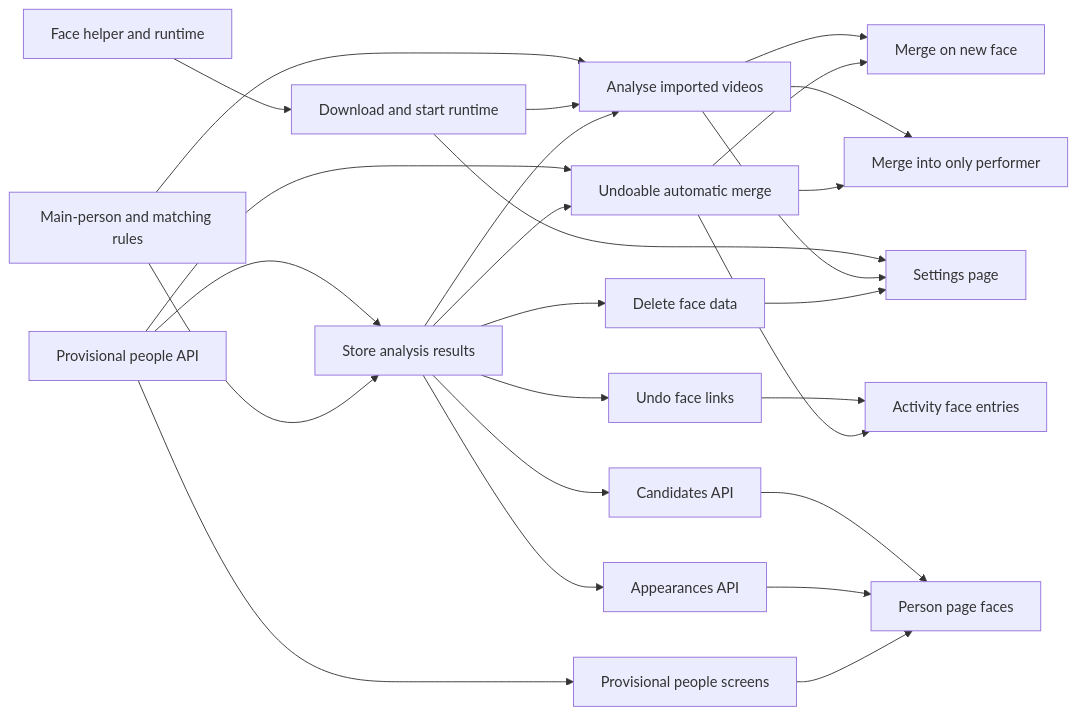
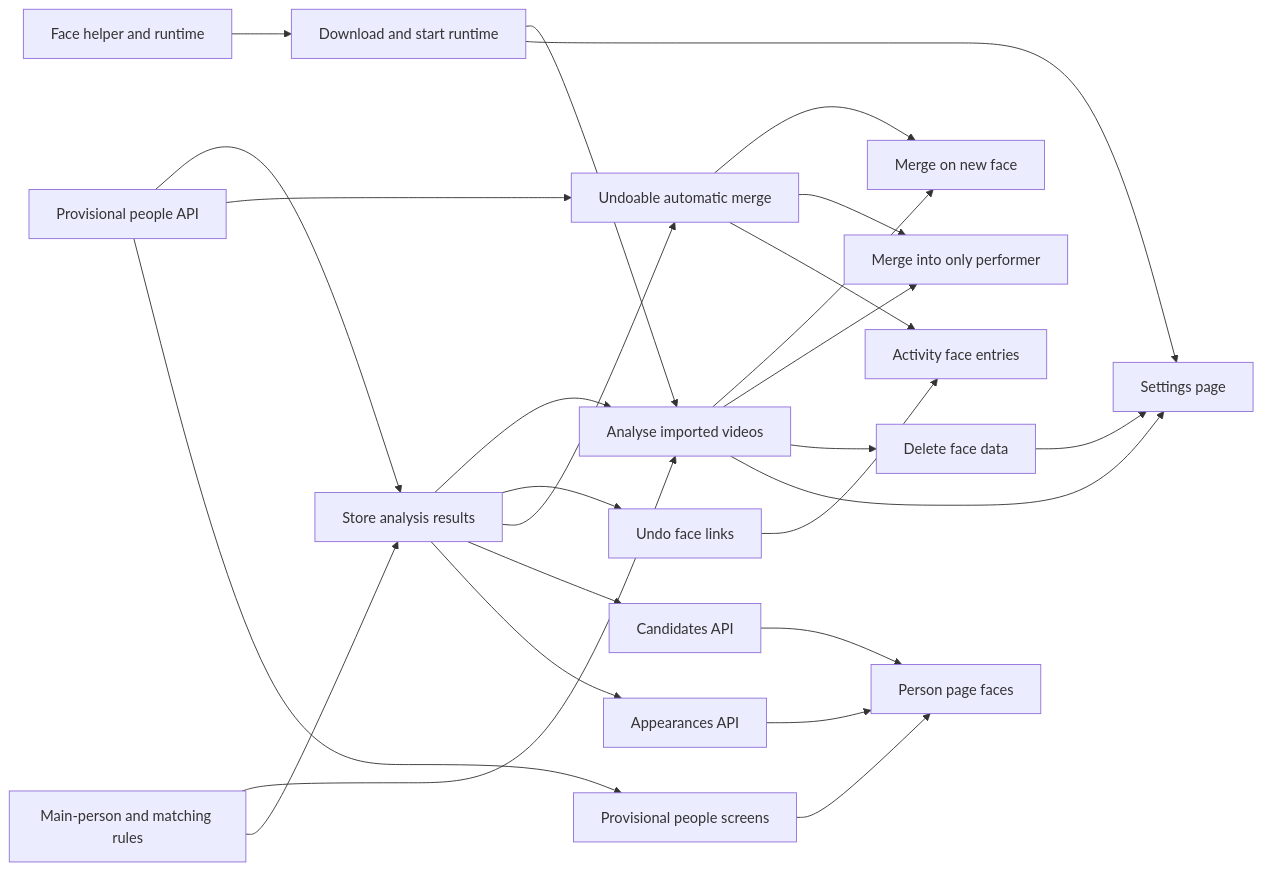
Before and after one commit to syudead/vv: the diagram in specs/061-faced/plan.md, drawn with Mermaid. The commit also changed other lines of this file and 2 other files, not shown here.

````diff
--- a/specs/061-faced/plan.md
+++ b/specs/061-faced/plan.md
@@ -123,28 +123,28 @@
 ```mermaid
 flowchart LR
   helper[Face helper and runtime] --> runtime[Download and start runtime]
   rules[Main-person and matching rules] --> analyse[Analyse imported videos]
   runtime --> analyse
   prov[Provisional people API] --> store[Store analysis results]
   rules --> store
   store --> analyse
   store --> undoLinks[Undo face links]
   prov --> undoMerge[Undoable automatic merge]
   store --> undoMerge
   analyse --> faceMerge[Merge on new face]
   undoMerge --> faceMerge
   analyse --> castMerge[Merge into only performer]
   undoMerge --> castMerge
   store --> cand[Candidates API]
-  store --> del[Delete face data]
+  analyse --> del[Delete face data]
   store --> appear[Appearances API]
   runtime --> settingsUI[Settings page]
   analyse --> settingsUI
   del --> settingsUI
   prov --> provUI[Provisional people screens]
   cand --> personUI[Person page faces]
   appear --> personUI
   provUI --> personUI
   undoLinks --> actUI[Activity face entries]
   undoMerge --> actUI
 ```
````
